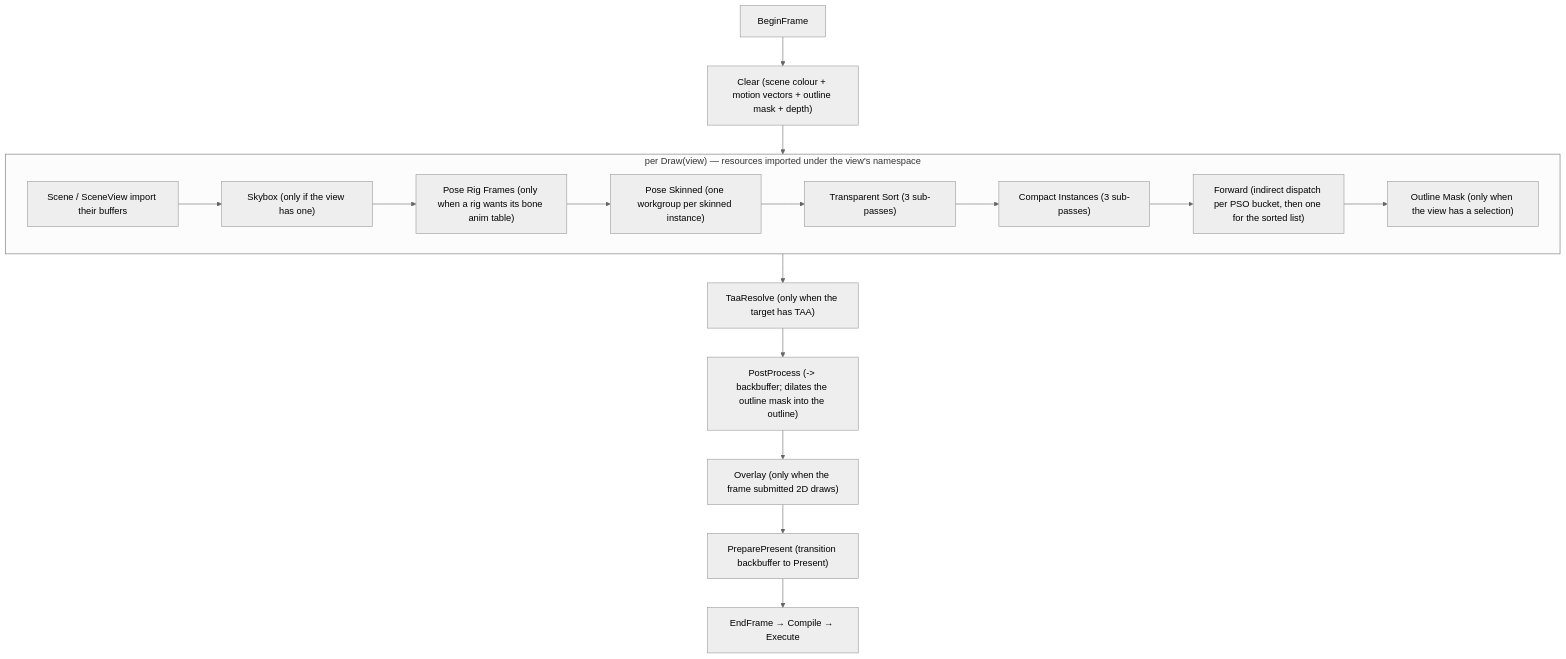
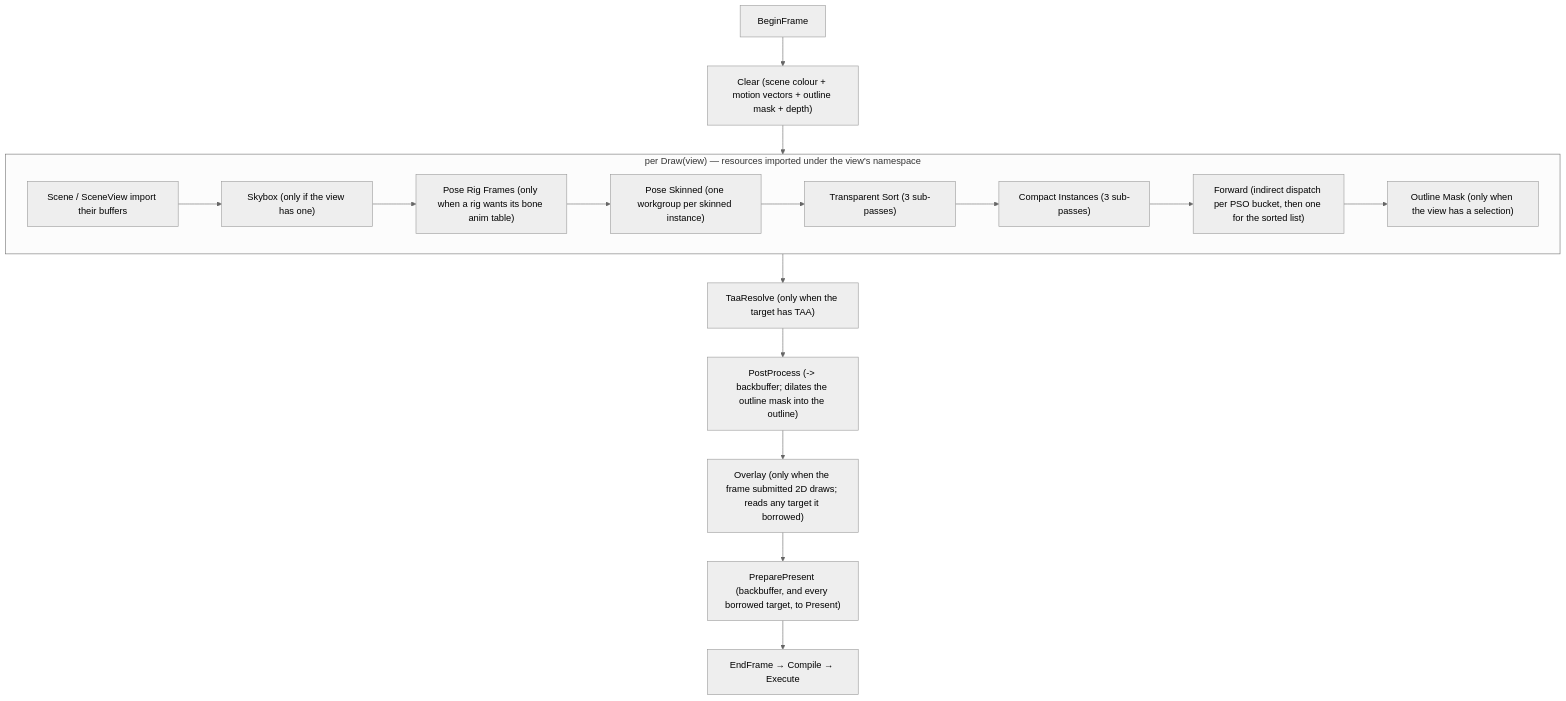
One commit to alexjiang200407/bernini changed the diagram in docs/passes.md. Above: the diagram before and after it, drawn with Mermaid (neutral theme). The commit also changed other lines of this file and 18 other files, not shown here.

````diff
--- a/docs/passes.md
+++ b/docs/passes.md
@@ -25,19 +25,19 @@
 ```mermaid
 flowchart TD
     BF["BeginFrame"] --> CLR["Clear (scene colour + motion vectors + outline mask + depth)"]
     CLR --> D["per Draw(view)"]
     subgraph D["per Draw(view) — resources imported under the view's namespace"]
         IMP["Scene / SceneView import their buffers"] --> SKY["Skybox (only if the view has one)"]
         SKY --> RIG["Pose Rig Frames (only when a rig wants its bone anim table)"]
         RIG --> POSE["Pose Skinned (one workgroup per skinned instance)"]
         POSE --> TS["Transparent Sort (3 sub-passes)"]
         TS --> CI["Compact Instances (3 sub-passes)"]
         CI --> FWD["Forward (indirect dispatch per PSO bucket, then one for the sorted list)"]
         FWD --> SM["Outline Mask (only when the view has a selection)"]
     end
     D --> TAA["TaaResolve (only when the target has TAA)"]
     TAA --> PPX["PostProcess (-> backbuffer; dilates the outline mask into the outline)"]
-    PPX --> OVL["Overlay (only when the frame submitted 2D draws)"]
-    OVL --> PP["PreparePresent (transition backbuffer to Present)"]
+    PPX --> OVL["Overlay (only when the frame submitted 2D draws; reads any target it borrowed)"]
+    OVL --> PP["PreparePresent (backbuffer, and every borrowed target, to Present)"]
     PP --> EF["EndFrame → Compile → Execute"]
 ```
````
